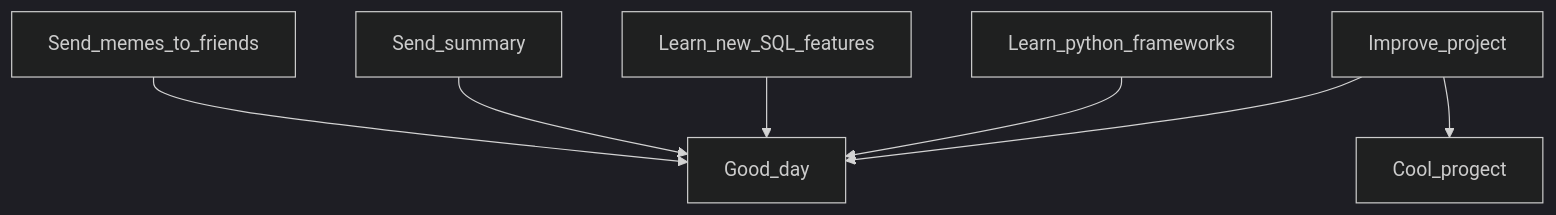
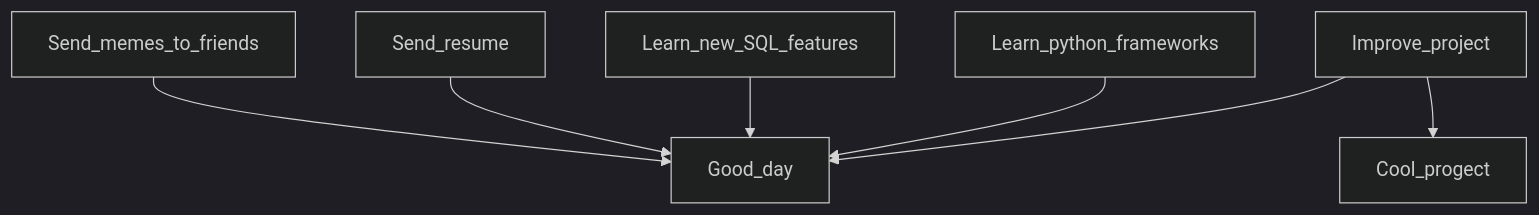
One commit to Dopelen/Dopelen changed the diagram in README.md. Above: the diagram before and after it, drawn with Mermaid (dark theme).

````diff
--- a/README.md
+++ b/README.md
@@ -144,9 +144,9 @@
 ```mermaid
 graph TD;
     Improve_project-->Good_day;
     Improve_project-->Cool_progect;
     Learn_python_frameworks-->Good_day;
     Learn_new_SQL_features-->Good_day;
-    Send_summary-->Good_day;
+    Send_resume-->Good_day;
     Send_memes_to_friends --> Good_day;
 ```
````
